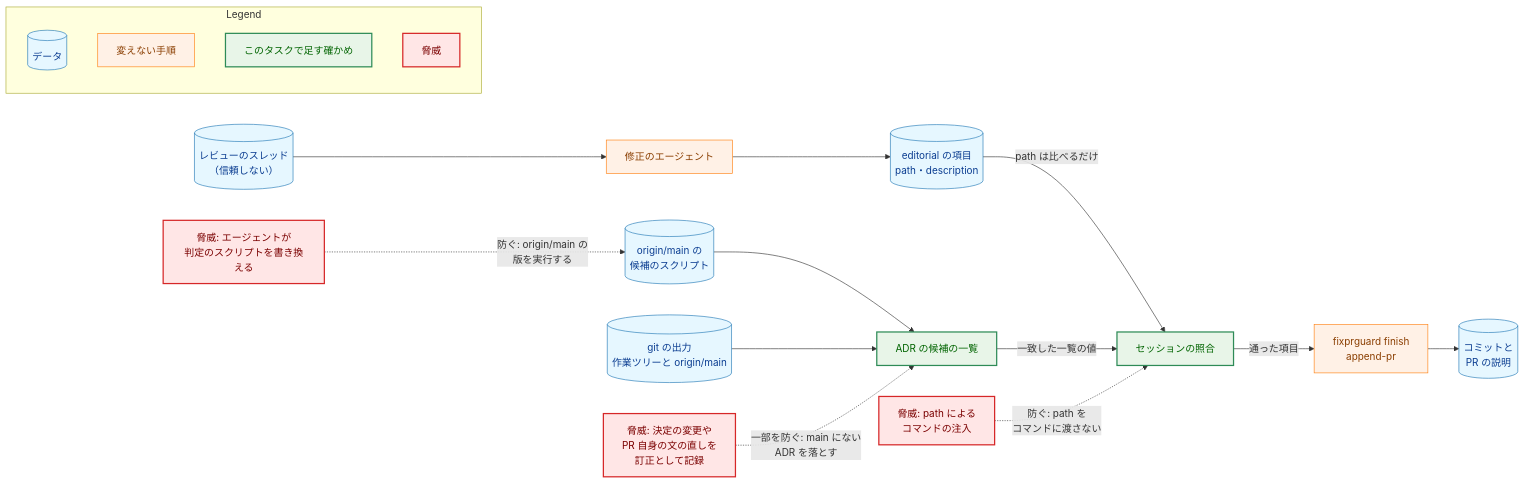
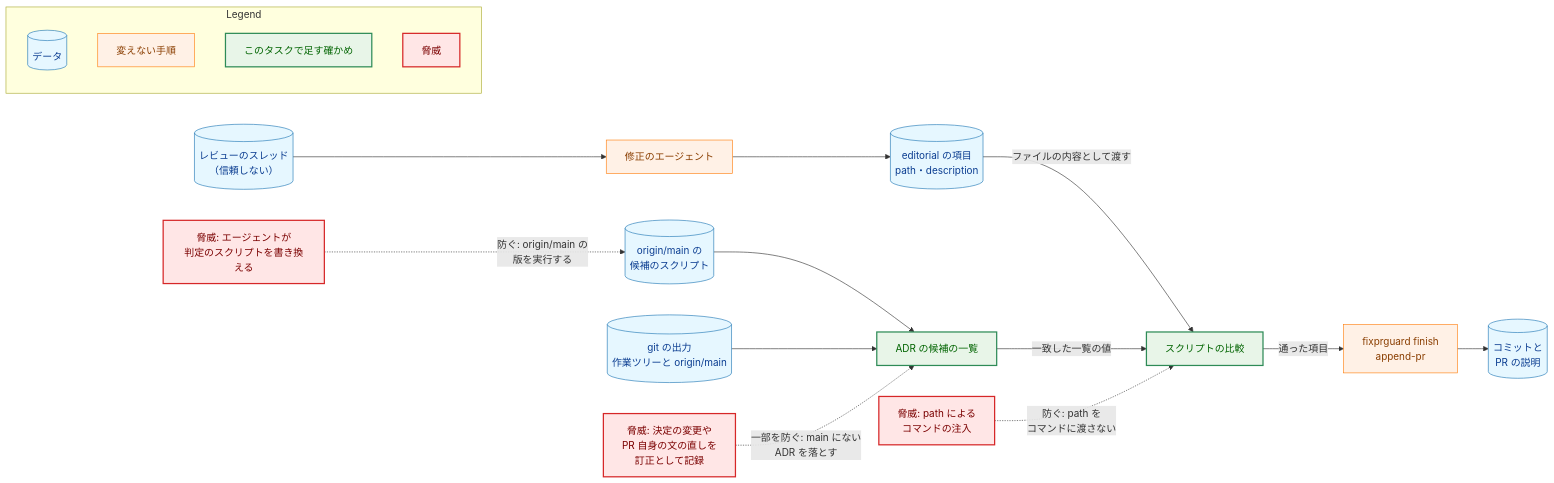
One commit to isseis/yt2column changed the third of 5 diagrams in docs/tasks/0074_adr_editorial_correction/02_architecture.md. Above: the diagram before and after it, drawn with Mermaid. The commit also changed other lines of this file, not shown here.

First line of the commit message:
docs(0074): compare ADR item paths in the candidate script

````diff
--- a/docs/tasks/0074_adr_editorial_correction/02_architecture.md
+++ b/docs/tasks/0074_adr_editorial_correction/02_architecture.md
@@ -504,46 +506,46 @@
 ```mermaid
 flowchart LR
     classDef data fill:#e6f7ff,stroke:#1f77b4,stroke-width:1px,color:#0b3d91;
     classDef process fill:#fff1e6,stroke:#ff7f0e,stroke-width:1px,color:#8a3e00;
     classDef enhanced fill:#e8f5e8,stroke:#2e8b57,stroke-width:2px,color:#006400;
     classDef problem fill:#ffe6e6,stroke:#d62728,stroke-width:2px,color:#7b0000;
 
     THR[("レビューのスレッド<br>（信頼しない）")]
     FA["修正のエージェント"]
     ITEM[("editorial の項目<br>path・description")]
     SCRM[("origin/main の<br>候補のスクリプト")]
     GIT[("git の出力<br>作業ツリーと origin/main")]
     LIST["ADR の候補の一覧"]
-    CMP["セッションの照合"]
+    CMP["スクリプトの比較"]
     FIN["fixprguard finish<br>append-pr"]
     PR[("コミットと<br>PR の説明")]
     T1["脅威: path による<br>コマンドの注入"]
     T2["脅威: 決定の変更や<br>PR 自身の文の直しを<br>訂正として記録"]
     T3["脅威: エージェントが<br>判定のスクリプトを書き換える"]
 
     THR --> FA --> ITEM
     SCRM --> LIST
     GIT --> LIST
-    ITEM -->|"path は比べるだけ"| CMP
+    ITEM -->|"ファイルの内容として渡す"| CMP
     LIST -->|"一致した一覧の値"| CMP
     CMP -->|"通った項目"| FIN --> PR
     T1 -.->|"防ぐ: path を<br>コマンドに渡さない"| CMP
     T2 -.->|"一部を防ぐ: main にない<br>ADR を落とす"| LIST
     T3 -.->|"防ぐ: origin/main の<br>版を実行する"| SCRM
 
     class THR,ITEM,GIT,PR,SCRM data
     class FA,FIN process
     class LIST,CMP enhanced
     class T1,T2,T3 problem
 
     subgraph Legend["Legend"]
         L1[("データ")]
         L2["変えない手順"]
         L3["このタスクで足す確かめ"]
         L4["脅威"]
     end
     class L1 data
     class L2 process
     class L3 enhanced
     class L4 problem
 ```
````
